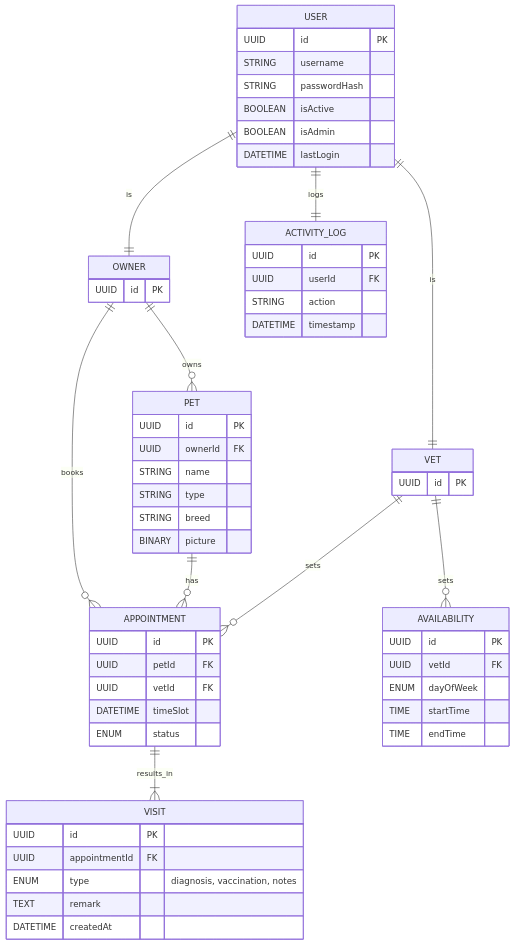
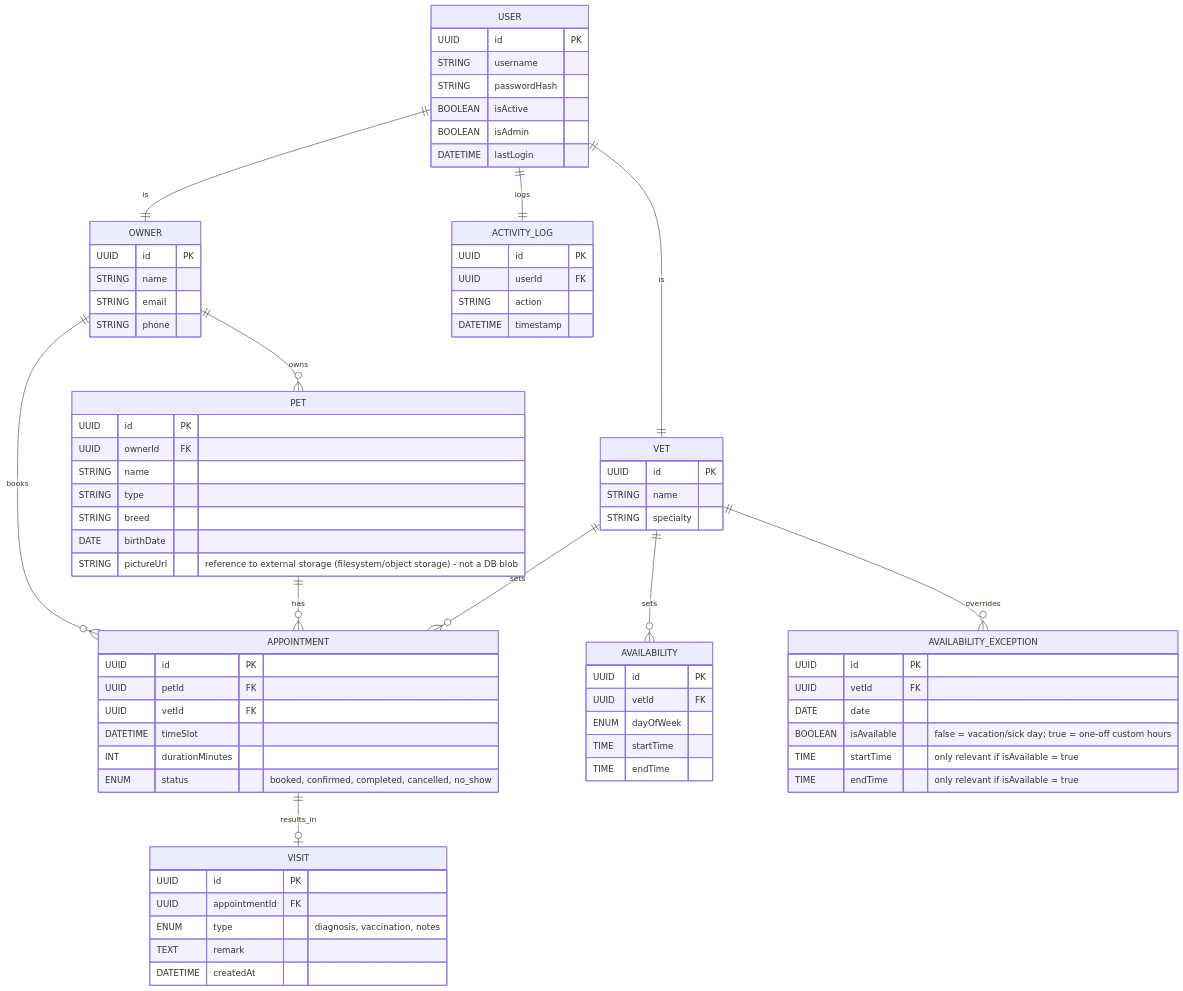
Before and after one commit to petclinix/petclinix.github.io: the first of 2 diagrams in petclinix_domainmodel.md, drawn with Mermaid. The commit also changed other lines of this file and 1 other file, not shown here.

```diff
--- a/petclinix_domainmodel.md
+++ b/petclinix_domainmodel.md
@@ -21,6 +21,9 @@
 
     OWNER {
         UUID id PK
+        STRING name
+        STRING email
+        STRING phone
     }
     OWNER ||--o{ PET : owns
     OWNER ||--o{ APPOINTMENT : books
@@ -31,14 +34,18 @@
         STRING name
         STRING type
         STRING breed
-        BINARY picture
+        DATE birthDate
+        STRING pictureUrl "reference to external storage (filesystem/object storage) - not a DB blob"
     }
     PET ||--o{ APPOINTMENT : has
    
     VET {
         UUID id PK
+        STRING name
+        STRING specialty
     }
     VET ||--o{ AVAILABILITY : sets
+    VET ||--o{ AVAILABILITY_EXCEPTION : overrides
     VET ||--o{ APPOINTMENT : sets
     
     AVAILABILITY {
@@ -48,15 +55,25 @@
         TIME startTime
         TIME endTime
     }
+
+    AVAILABILITY_EXCEPTION {
+        UUID id PK
+        UUID vetId FK
+        DATE date
+        BOOLEAN isAvailable "false = vacation/sick day; true = one-off custom hours"
+        TIME startTime "only relevant if isAvailable = true"
+        TIME endTime "only relevant if isAvailable = true"
+    }
     
     APPOINTMENT {
         UUID id PK
         UUID petId FK
         UUID vetId FK
         DATETIME timeSlot
-        ENUM status
+        INT durationMinutes
+        ENUM status "booked, confirmed, completed, cancelled, no_show"
     }
-    APPOINTMENT ||--|{ VISIT : results_in
+    APPOINTMENT ||--o| VISIT : results_in
 
     VISIT {
         UUID id PK
```
